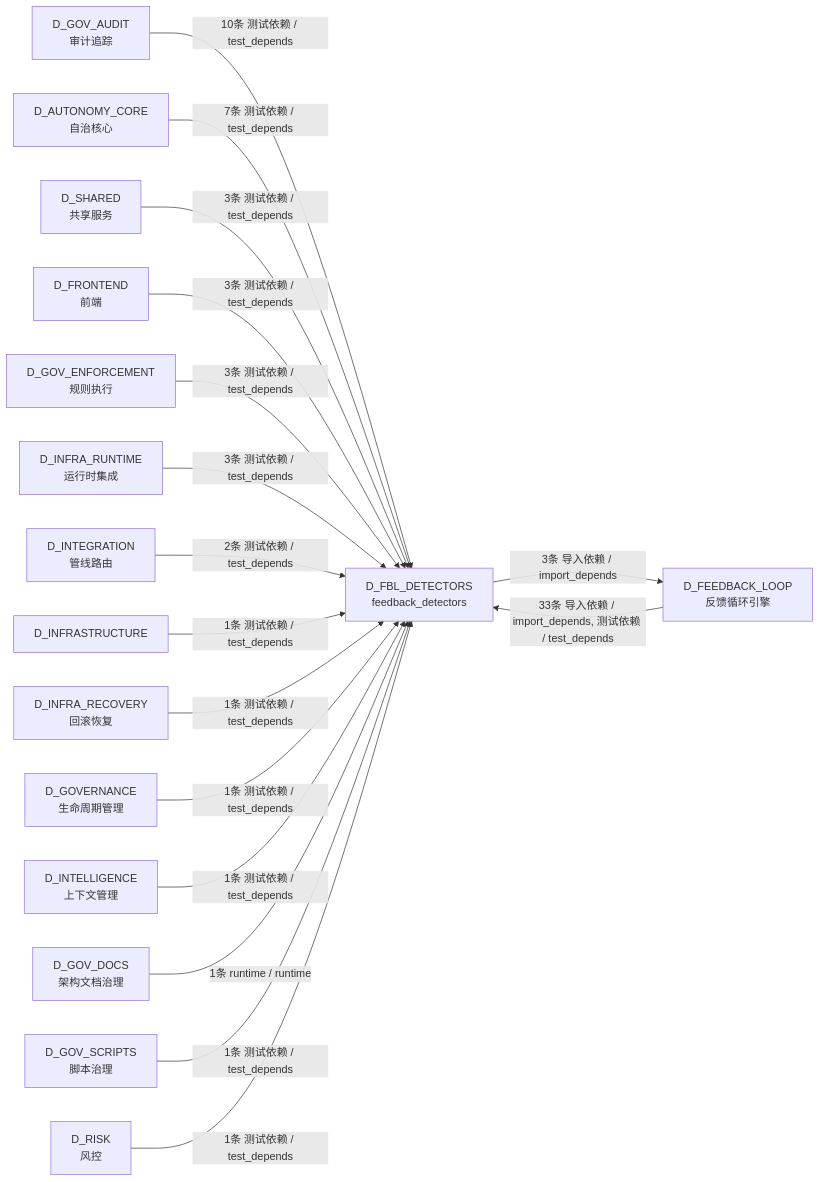
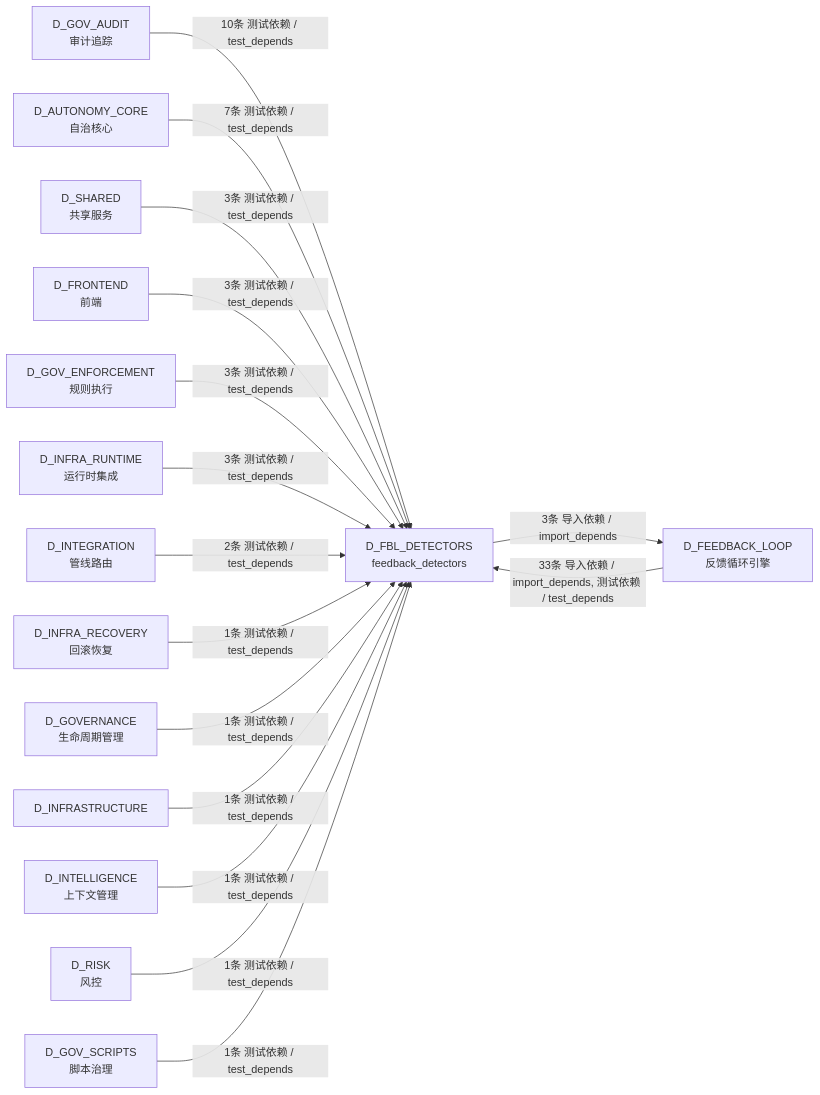
One commit to xuanFelixVan/ZephyrAlpha changed the sixth of 6 diagrams in docs/02_enterprise_architecture/02_domain_architecture_docs/11_d_fbl_detectors.md. Above: the diagram before and after it, drawn with Mermaid. The commit also changed other lines of this file and 126 other files, not shown here.

````diff
--- a/docs/02_enterprise_architecture/02_domain_architecture_docs/11_d_fbl_detectors.md
+++ b/docs/02_enterprise_architecture/02_domain_architecture_docs/11_d_fbl_detectors.md
@@ -527,35 +520,33 @@
 ```mermaid
 graph LR
     D_FBL_DETECTORS["D_FBL_DETECTORS<br/>feedback_detectors"]
     D_FEEDBACK_LOOP["D_FEEDBACK_LOOP<br/>反馈循环引擎"]
     D_GOV_AUDIT["D_GOV_AUDIT<br/>审计追踪"]
     D_AUTONOMY_CORE["D_AUTONOMY_CORE<br/>自治核心"]
     D_SHARED["D_SHARED<br/>共享服务"]
     D_FRONTEND["D_FRONTEND<br/>前端"]
     D_GOV_ENFORCEMENT["D_GOV_ENFORCEMENT<br/>规则执行"]
     D_INFRA_RUNTIME["D_INFRA_RUNTIME<br/>运行时集成"]
     D_INTEGRATION["D_INTEGRATION<br/>管线路由"]
-    D_INFRASTRUCTURE["D_INFRASTRUCTURE"]
     D_INFRA_RECOVERY["D_INFRA_RECOVERY<br/>回滚恢复"]
     D_GOVERNANCE["D_GOVERNANCE<br/>生命周期管理"]
+    D_INFRASTRUCTURE["D_INFRASTRUCTURE"]
     D_INTELLIGENCE["D_INTELLIGENCE<br/>上下文管理"]
-    D_GOV_DOCS["D_GOV_DOCS<br/>架构文档治理"]
+    D_RISK["D_RISK<br/>风控"]
     D_GOV_SCRIPTS["D_GOV_SCRIPTS<br/>脚本治理"]
-    D_RISK["D_RISK<br/>风控"]
     D_FBL_DETECTORS -->|3条 导入依赖 / import_depends| D_FEEDBACK_LOOP
     D_FEEDBACK_LOOP -->|33条 导入依赖 / import_depends, 测试依赖 / test_depends| D_FBL_DETECTORS
     D_GOV_AUDIT -->|10条 测试依赖 / test_depends| D_FBL_DETECTORS
     D_AUTONOMY_CORE -->|7条 测试依赖 / test_depends| D_FBL_DETECTORS
     D_SHARED -->|3条 测试依赖 / test_depends| D_FBL_DETECTORS
     D_FRONTEND -->|3条 测试依赖 / test_depends| D_FBL_DETECTORS
     D_GOV_ENFORCEMENT -->|3条 测试依赖 / test_depends| D_FBL_DETECTORS
     D_INFRA_RUNTIME -->|3条 测试依赖 / test_depends| D_FBL_DETECTORS
     D_INTEGRATION -->|2条 测试依赖 / test_depends| D_FBL_DETECTORS
-    D_INFRASTRUCTURE -->|1条 测试依赖 / test_depends| D_FBL_DETECTORS
     D_INFRA_RECOVERY -->|1条 测试依赖 / test_depends| D_FBL_DETECTORS
     D_GOVERNANCE -->|1条 测试依赖 / test_depends| D_FBL_DETECTORS
+    D_INFRASTRUCTURE -->|1条 测试依赖 / test_depends| D_FBL_DETECTORS
     D_INTELLIGENCE -->|1条 测试依赖 / test_depends| D_FBL_DETECTORS
-    D_GOV_DOCS -->|1条 runtime / runtime| D_FBL_DETECTORS
+    D_RISK -->|1条 测试依赖 / test_depends| D_FBL_DETECTORS
     D_GOV_SCRIPTS -->|1条 测试依赖 / test_depends| D_FBL_DETECTORS
-    D_RISK -->|1条 测试依赖 / test_depends| D_FBL_DETECTORS
 ```
````
